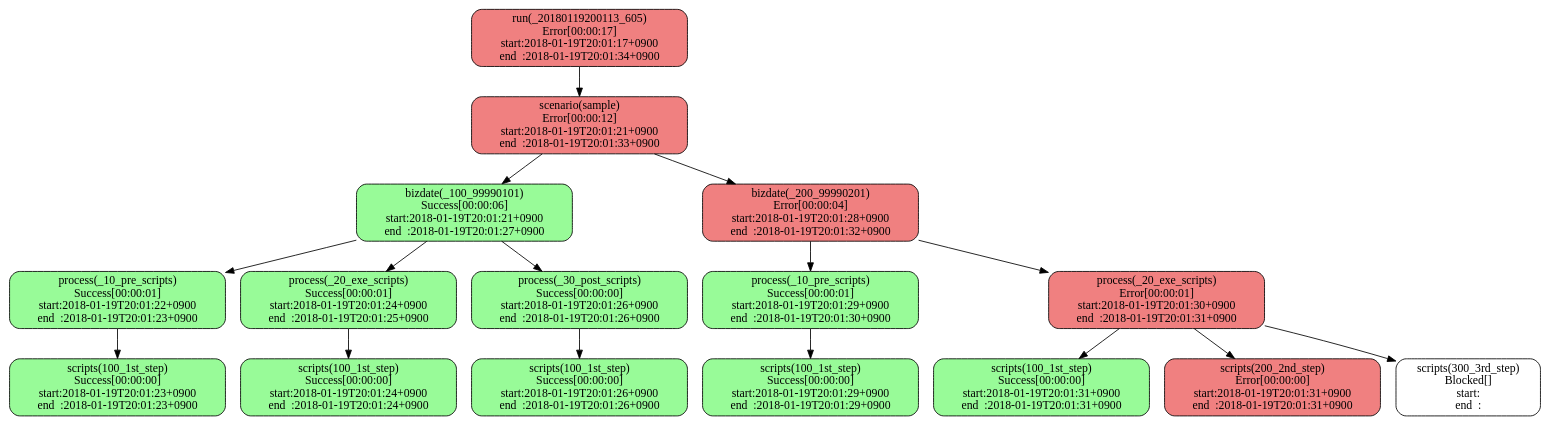
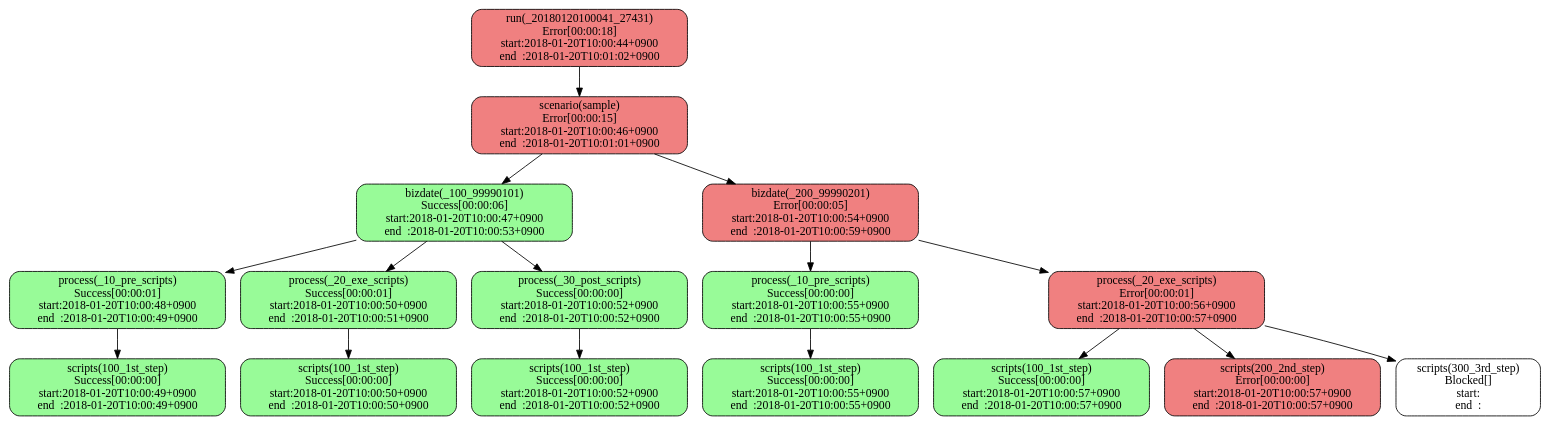
Before and after one commit to tkhr-sait/stfw-result-viewer-rails: the diagram in sample.dot, drawn with Graphviz. The commit also changed 10 other files, not shown here.

```diff
--- a/sample.dot
+++ b/sample.dot
@@ -1,34 +1,34 @@
 digraph G {
   layout="dot";
-  x20180119200113x605xrun[label="run(_20180119200113_605)\nError[00:00:17]\nstart:2018-01-19T20:01:17+0900\nend  :2018-01-19T20:01:34+0900",shape="box",style="filled,rounded",fillcolor="lightcoral"];
-  x20180119200113x605xrunxsample[label="scenario(sample)\nError[00:00:12]\nstart:2018-01-19T20:01:21+0900\nend  :2018-01-19T20:01:33+0900",shape="box",style="filled,rounded",fillcolor="lightcoral"];
-  x20180119200113x605xrunxsamplexx100x99990101[label="bizdate(_100_99990101)\nSuccess[00:00:06]\nstart:2018-01-19T20:01:21+0900\nend  :2018-01-19T20:01:27+0900",shape="box",style="filled,rounded",fillcolor="palegreen"];
-  x20180119200113x605xrunxsamplexx100x99990101xx10xprexscripts[label="process(_10_pre_scripts)\nSuccess[00:00:01]\nstart:2018-01-19T20:01:22+0900\nend  :2018-01-19T20:01:23+0900",shape="box",style="filled,rounded",fillcolor="palegreen"];
-  x20180119200113x605xrunxsamplexx100x99990101xx10xprexscriptsx100x1stxstep[label="scripts(100_1st_step)\nSuccess[00:00:00]\nstart:2018-01-19T20:01:23+0900\nend  :2018-01-19T20:01:23+0900",shape="box",style="filled,rounded",fillcolor="palegreen"];
-  x20180119200113x605xrunxsamplexx100x99990101xx20xexexscripts[label="process(_20_exe_scripts)\nSuccess[00:00:01]\nstart:2018-01-19T20:01:24+0900\nend  :2018-01-19T20:01:25+0900",shape="box",style="filled,rounded",fillcolor="palegreen"];
-  x20180119200113x605xrunxsamplexx100x99990101xx20xexexscriptsx100x1stxstep[label="scripts(100_1st_step)\nSuccess[00:00:00]\nstart:2018-01-19T20:01:24+0900\nend  :2018-01-19T20:01:24+0900",shape="box",style="filled,rounded",fillcolor="palegreen"];
-  x20180119200113x605xrunxsamplexx100x99990101xx30xpostxscripts[label="process(_30_post_scripts)\nSuccess[00:00:00]\nstart:2018-01-19T20:01:26+0900\nend  :2018-01-19T20:01:26+0900",shape="box",style="filled,rounded",fillcolor="palegreen"];
-  x20180119200113x605xrunxsamplexx100x99990101xx30xpostxscriptsx100x1stxstep[label="scripts(100_1st_step)\nSuccess[00:00:00]\nstart:2018-01-19T20:01:26+0900\nend  :2018-01-19T20:01:26+0900",shape="box",style="filled,rounded",fillcolor="palegreen"];
-  x20180119200113x605xrunxsamplexx200x99990201[label="bizdate(_200_99990201)\nError[00:00:04]\nstart:2018-01-19T20:01:28+0900\nend  :2018-01-19T20:01:32+0900",shape="box",style="filled,rounded",fillcolor="lightcoral"];
-  x20180119200113x605xrunxsamplexx200x99990201xx10xprexscripts[label="process(_10_pre_scripts)\nSuccess[00:00:01]\nstart:2018-01-19T20:01:29+0900\nend  :2018-01-19T20:01:30+0900",shape="box",style="filled,rounded",fillcolor="palegreen"];
-  x20180119200113x605xrunxsamplexx200x99990201xx10xprexscriptsx100x1stxstep[label="scripts(100_1st_step)\nSuccess[00:00:00]\nstart:2018-01-19T20:01:29+0900\nend  :2018-01-19T20:01:29+0900",shape="box",style="filled,rounded",fillcolor="palegreen"];
-  x20180119200113x605xrunxsamplexx200x99990201xx20xexexscripts[label="process(_20_exe_scripts)\nError[00:00:01]\nstart:2018-01-19T20:01:30+0900\nend  :2018-01-19T20:01:31+0900",shape="box",style="filled,rounded",fillcolor="lightcoral"];
-  x20180119200113x605xrunxsamplexx200x99990201xx20xexexscriptsx100x1stxstep[label="scripts(100_1st_step)\nSuccess[00:00:00]\nstart:2018-01-19T20:01:31+0900\nend  :2018-01-19T20:01:31+0900",shape="box",style="filled,rounded",fillcolor="palegreen"];
-  x20180119200113x605xrunxsamplexx200x99990201xx20xexexscriptsx200x2ndxstep[label="scripts(200_2nd_step)\nError[00:00:00]\nstart:2018-01-19T20:01:31+0900\nend  :2018-01-19T20:01:31+0900",shape="box",style="filled,rounded",fillcolor="lightcoral"];
-  x20180119200113x605xrunxsamplexx200x99990201xx20xexexscriptsx300x3rdxstep[label="scripts(300_3rd_step)\nBlocked[]\nstart:\nend  :",shape="box",style="filled,rounded",fillcolor="white"];
-  x20180119200113x605xrun -> x20180119200113x605xrunxsample;
-  x20180119200113x605xrunxsample -> x20180119200113x605xrunxsamplexx100x99990101;
-  x20180119200113x605xrunxsamplexx100x99990101 -> x20180119200113x605xrunxsamplexx100x99990101xx10xprexscripts;
-  x20180119200113x605xrunxsamplexx100x99990101xx10xprexscripts -> x20180119200113x605xrunxsamplexx100x99990101xx10xprexscriptsx100x1stxstep;
-  x20180119200113x605xrunxsamplexx100x99990101 -> x20180119200113x605xrunxsamplexx100x99990101xx20xexexscripts;
-  x20180119200113x605xrunxsamplexx100x99990101xx20xexexscripts -> x20180119200113x605xrunxsamplexx100x99990101xx20xexexscriptsx100x1stxstep;
-  x20180119200113x605xrunxsamplexx100x99990101 -> x20180119200113x605xrunxsamplexx100x99990101xx30xpostxscripts;
-  x20180119200113x605xrunxsamplexx100x99990101xx30xpostxscripts -> x20180119200113x605xrunxsamplexx100x99990101xx30xpostxscriptsx100x1stxstep;
-  x20180119200113x605xrunxsample -> x20180119200113x605xrunxsamplexx200x99990201;
-  x20180119200113x605xrunxsamplexx200x99990201 -> x20180119200113x605xrunxsamplexx200x99990201xx10xprexscripts;
-  x20180119200113x605xrunxsamplexx200x99990201xx10xprexscripts -> x20180119200113x605xrunxsamplexx200x99990201xx10xprexscriptsx100x1stxstep;
-  x20180119200113x605xrunxsamplexx200x99990201 -> x20180119200113x605xrunxsamplexx200x99990201xx20xexexscripts;
-  x20180119200113x605xrunxsamplexx200x99990201xx20xexexscripts -> x20180119200113x605xrunxsamplexx200x99990201xx20xexexscriptsx100x1stxstep;
-  x20180119200113x605xrunxsamplexx200x99990201xx20xexexscripts -> x20180119200113x605xrunxsamplexx200x99990201xx20xexexscriptsx200x2ndxstep;
-  x20180119200113x605xrunxsamplexx200x99990201xx20xexexscripts -> x20180119200113x605xrunxsamplexx200x99990201xx20xexexscriptsx300x3rdxstep;
+  x20180120100041x27431xrun[label="run(_20180120100041_27431)\nError[00:00:18]\nstart:2018-01-20T10:00:44+0900\nend  :2018-01-20T10:01:02+0900",shape="box",style="filled,rounded",fillcolor="lightcoral"];
+  x20180120100041x27431xrunxsample[label="scenario(sample)\nError[00:00:15]\nstart:2018-01-20T10:00:46+0900\nend  :2018-01-20T10:01:01+0900",shape="box",style="filled,rounded",fillcolor="lightcoral"];
+  x20180120100041x27431xrunxsamplexx100x99990101[label="bizdate(_100_99990101)\nSuccess[00:00:06]\nstart:2018-01-20T10:00:47+0900\nend  :2018-01-20T10:00:53+0900",shape="box",style="filled,rounded",fillcolor="palegreen"];
+  x20180120100041x27431xrunxsamplexx100x99990101xx10xprexscripts[label="process(_10_pre_scripts)\nSuccess[00:00:01]\nstart:2018-01-20T10:00:48+0900\nend  :2018-01-20T10:00:49+0900",shape="box",style="filled,rounded",fillcolor="palegreen"];
+  x20180120100041x27431xrunxsamplexx100x99990101xx10xprexscriptsx100x1stxstep[label="scripts(100_1st_step)\nSuccess[00:00:00]\nstart:2018-01-20T10:00:49+0900\nend  :2018-01-20T10:00:49+0900",shape="box",style="filled,rounded",fillcolor="palegreen"];
+  x20180120100041x27431xrunxsamplexx100x99990101xx20xexexscripts[label="process(_20_exe_scripts)\nSuccess[00:00:01]\nstart:2018-01-20T10:00:50+0900\nend  :2018-01-20T10:00:51+0900",shape="box",style="filled,rounded",fillcolor="palegreen"];
+  x20180120100041x27431xrunxsamplexx100x99990101xx20xexexscriptsx100x1stxstep[label="scripts(100_1st_step)\nSuccess[00:00:00]\nstart:2018-01-20T10:00:50+0900\nend  :2018-01-20T10:00:50+0900",shape="box",style="filled,rounded",fillcolor="palegreen"];
+  x20180120100041x27431xrunxsamplexx100x99990101xx30xpostxscripts[label="process(_30_post_scripts)\nSuccess[00:00:00]\nstart:2018-01-20T10:00:52+0900\nend  :2018-01-20T10:00:52+0900",shape="box",style="filled,rounded",fillcolor="palegreen"];
+  x20180120100041x27431xrunxsamplexx100x99990101xx30xpostxscriptsx100x1stxstep[label="scripts(100_1st_step)\nSuccess[00:00:00]\nstart:2018-01-20T10:00:52+0900\nend  :2018-01-20T10:00:52+0900",shape="box",style="filled,rounded",fillcolor="palegreen"];
+  x20180120100041x27431xrunxsamplexx200x99990201[label="bizdate(_200_99990201)\nError[00:00:05]\nstart:2018-01-20T10:00:54+0900\nend  :2018-01-20T10:00:59+0900",shape="box",style="filled,rounded",fillcolor="lightcoral"];
+  x20180120100041x27431xrunxsamplexx200x99990201xx10xprexscripts[label="process(_10_pre_scripts)\nSuccess[00:00:00]\nstart:2018-01-20T10:00:55+0900\nend  :2018-01-20T10:00:55+0900",shape="box",style="filled,rounded",fillcolor="palegreen"];
+  x20180120100041x27431xrunxsamplexx200x99990201xx10xprexscriptsx100x1stxstep[label="scripts(100_1st_step)\nSuccess[00:00:00]\nstart:2018-01-20T10:00:55+0900\nend  :2018-01-20T10:00:55+0900",shape="box",style="filled,rounded",fillcolor="palegreen"];
+  x20180120100041x27431xrunxsamplexx200x99990201xx20xexexscripts[label="process(_20_exe_scripts)\nError[00:00:01]\nstart:2018-01-20T10:00:56+0900\nend  :2018-01-20T10:00:57+0900",shape="box",style="filled,rounded",fillcolor="lightcoral"];
+  x20180120100041x27431xrunxsamplexx200x99990201xx20xexexscriptsx100x1stxstep[label="scripts(100_1st_step)\nSuccess[00:00:00]\nstart:2018-01-20T10:00:57+0900\nend  :2018-01-20T10:00:57+0900",shape="box",style="filled,rounded",fillcolor="palegreen"];
+  x20180120100041x27431xrunxsamplexx200x99990201xx20xexexscriptsx200x2ndxstep[label="scripts(200_2nd_step)\nError[00:00:00]\nstart:2018-01-20T10:00:57+0900\nend  :2018-01-20T10:00:57+0900",shape="box",style="filled,rounded",fillcolor="lightcoral"];
+  x20180120100041x27431xrunxsamplexx200x99990201xx20xexexscriptsx300x3rdxstep[label="scripts(300_3rd_step)\nBlocked[]\nstart:\nend  :",shape="box",style="filled,rounded",fillcolor="white"];
+  x20180120100041x27431xrun -> x20180120100041x27431xrunxsample;
+  x20180120100041x27431xrunxsample -> x20180120100041x27431xrunxsamplexx100x99990101;
+  x20180120100041x27431xrunxsamplexx100x99990101 -> x20180120100041x27431xrunxsamplexx100x99990101xx10xprexscripts;
+  x20180120100041x27431xrunxsamplexx100x99990101xx10xprexscripts -> x20180120100041x27431xrunxsamplexx100x99990101xx10xprexscriptsx100x1stxstep;
+  x20180120100041x27431xrunxsamplexx100x99990101 -> x20180120100041x27431xrunxsamplexx100x99990101xx20xexexscripts;
+  x20180120100041x27431xrunxsamplexx100x99990101xx20xexexscripts -> x20180120100041x27431xrunxsamplexx100x99990101xx20xexexscriptsx100x1stxstep;
+  x20180120100041x27431xrunxsamplexx100x99990101 -> x20180120100041x27431xrunxsamplexx100x99990101xx30xpostxscripts;
+  x20180120100041x27431xrunxsamplexx100x99990101xx30xpostxscripts -> x20180120100041x27431xrunxsamplexx100x99990101xx30xpostxscriptsx100x1stxstep;
+  x20180120100041x27431xrunxsample -> x20180120100041x27431xrunxsamplexx200x99990201;
+  x20180120100041x27431xrunxsamplexx200x99990201 -> x20180120100041x27431xrunxsamplexx200x99990201xx10xprexscripts;
+  x20180120100041x27431xrunxsamplexx200x99990201xx10xprexscripts -> x20180120100041x27431xrunxsamplexx200x99990201xx10xprexscriptsx100x1stxstep;
+  x20180120100041x27431xrunxsamplexx200x99990201 -> x20180120100041x27431xrunxsamplexx200x99990201xx20xexexscripts;
+  x20180120100041x27431xrunxsamplexx200x99990201xx20xexexscripts -> x20180120100041x27431xrunxsamplexx200x99990201xx20xexexscriptsx100x1stxstep;
+  x20180120100041x27431xrunxsamplexx200x99990201xx20xexexscripts -> x20180120100041x27431xrunxsamplexx200x99990201xx20xexexscriptsx200x2ndxstep;
+  x20180120100041x27431xrunxsamplexx200x99990201xx20xexexscripts -> x20180120100041x27431xrunxsamplexx200x99990201xx20xexexscriptsx300x3rdxstep;
 }
```
